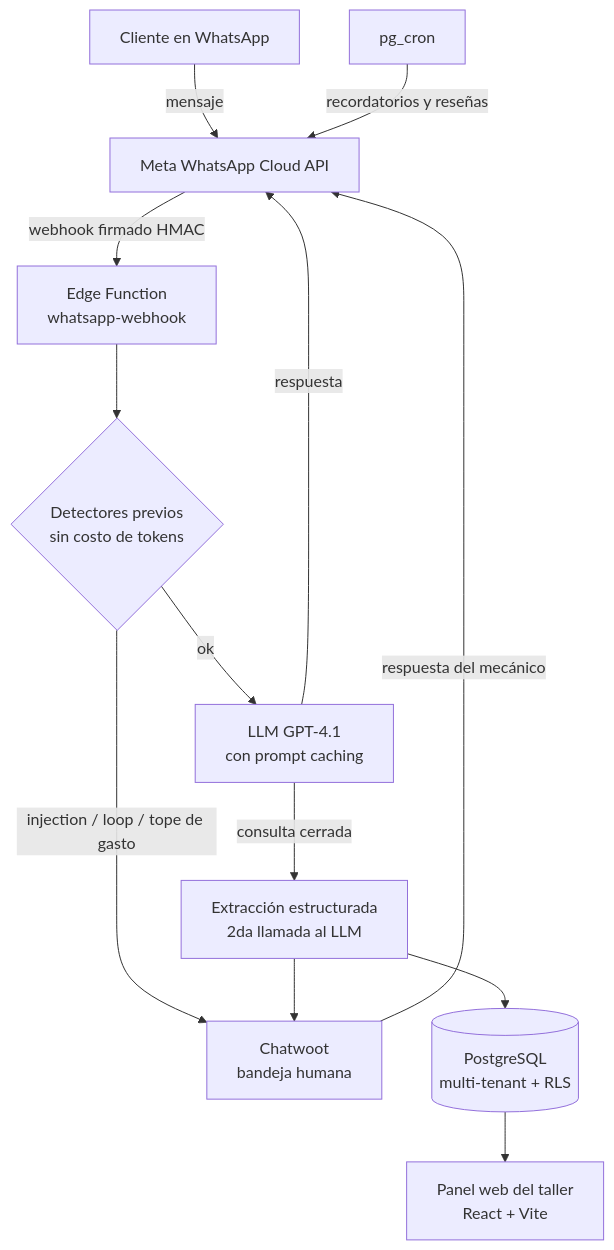
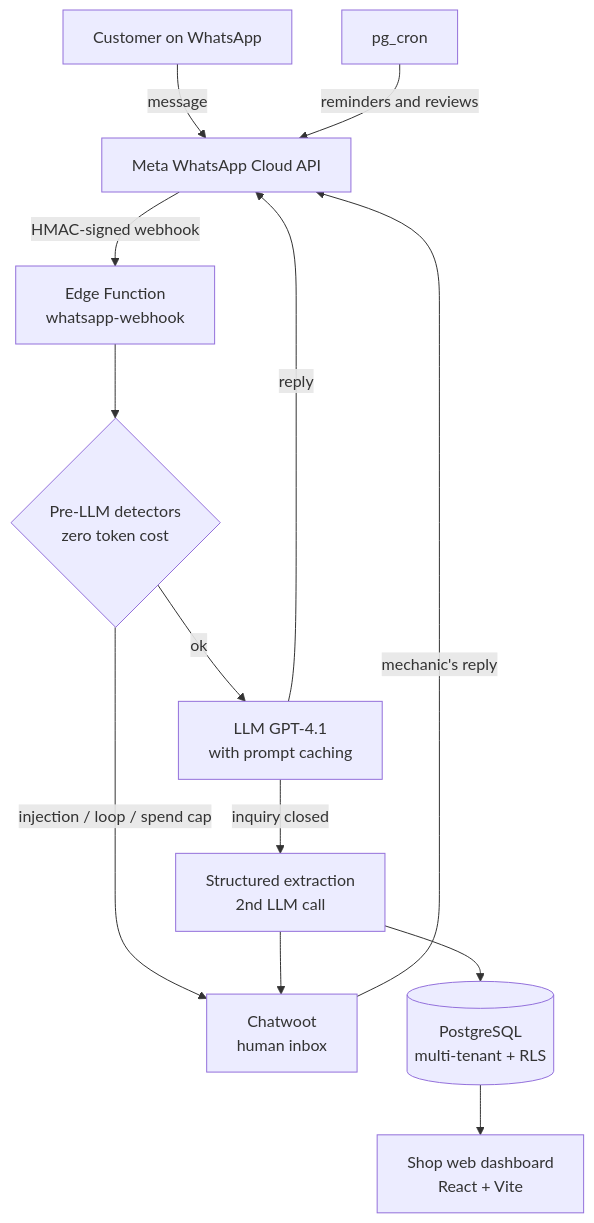
Before and after one commit to torrelisandro/holy-whatsapp-bot: the diagram in README.md, drawn with Mermaid. The commit also changed other lines of this file, not shown here.

````diff
--- a/README.md
+++ b/README.md
@@ -17,15 +19,15 @@
 ```mermaid
 flowchart TD
-    C[Cliente en WhatsApp] -->|mensaje| M[Meta WhatsApp Cloud API]
-    M -->|webhook firmado HMAC| W[Edge Function<br/>whatsapp-webhook]
-    W --> D{Detectores previos<br/>sin costo de tokens}
-    D -->|ok| L[LLM GPT-4.1<br/>con prompt caching]
-    D -->|injection / loop / tope de gasto| H
-    L -->|respuesta| M
-    L -->|consulta cerrada| X[Extracción estructurada<br/>2da llamada al LLM]
+    C[Customer on WhatsApp] -->|message| M[Meta WhatsApp Cloud API]
+    M -->|HMAC-signed webhook| W[Edge Function<br/>whatsapp-webhook]
+    W --> D{Pre-LLM detectors<br/>zero token cost}
+    D -->|ok| L[LLM GPT-4.1<br/>with prompt caching]
+    D -->|injection / loop / spend cap| H
+    L -->|reply| M
+    L -->|inquiry closed| X[Structured extraction<br/>2nd LLM call]
     X --> DB[(PostgreSQL<br/>multi-tenant + RLS)]
-    X --> H[Chatwoot<br/>bandeja humana]
-    H -->|respuesta del mecánico| M
-    DB --> P[Panel web del taller<br/>React + Vite]
-    CR[pg_cron] -->|recordatorios y reseñas| M
+    X --> H[Chatwoot<br/>human inbox]
+    H -->|mechanic's reply| M
+    DB --> P[Shop web dashboard<br/>React + Vite]
+    CR[pg_cron] -->|reminders and reviews| M
 ```
````
